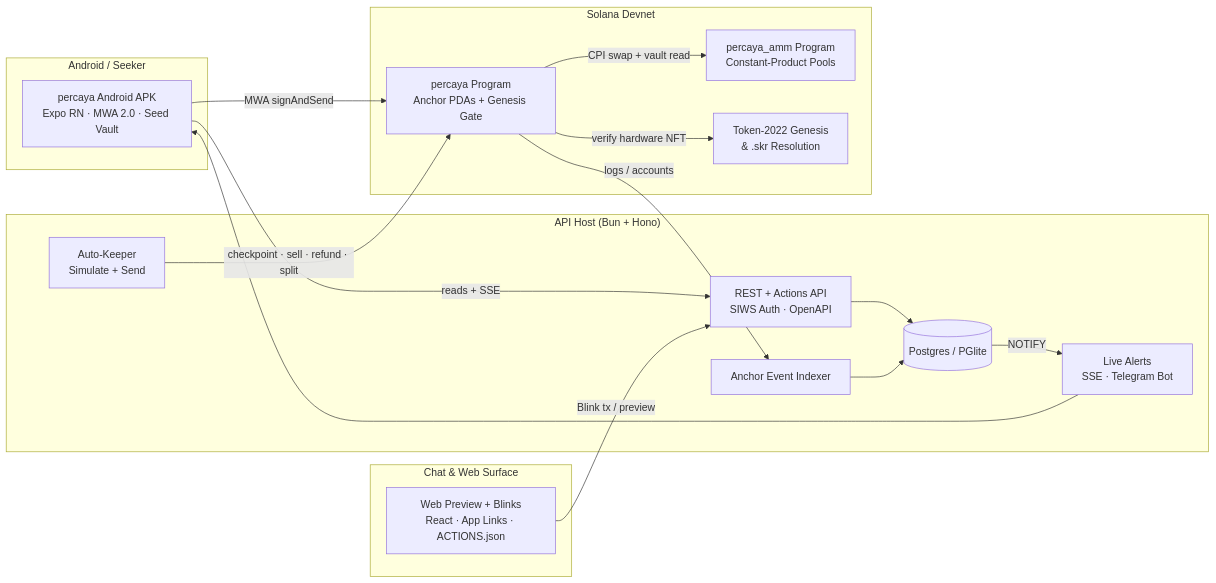
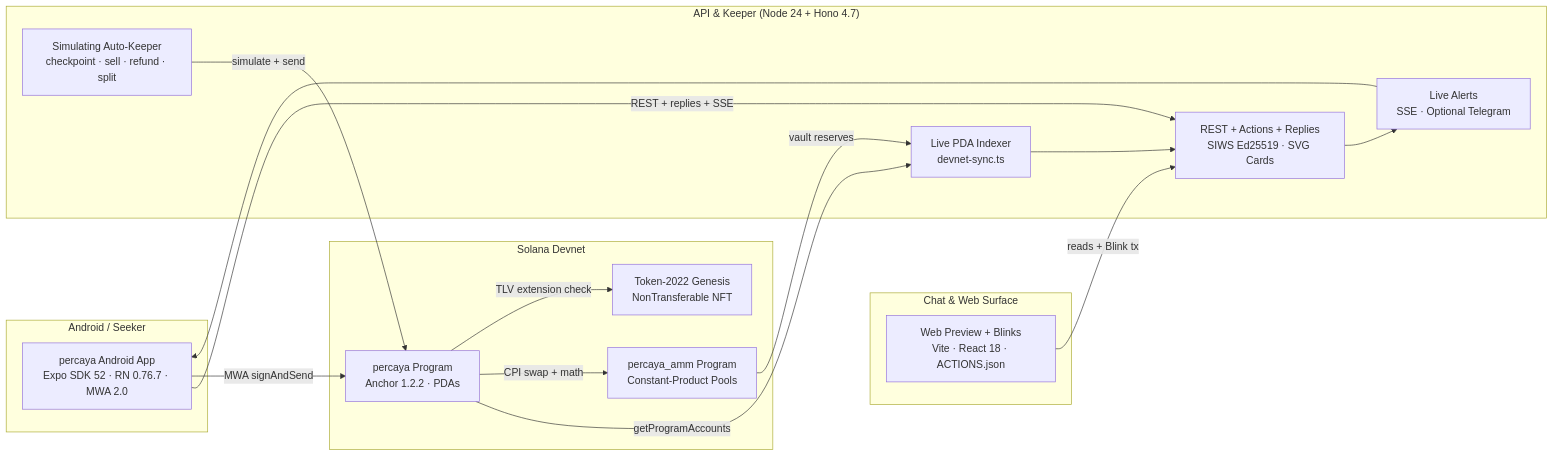
Before and after one commit to rebelchain/percaya: the second of 2 diagrams in README.md, drawn with Mermaid. The commit also changed other lines of this file and 6 other files, not shown here.

Commit message:
docs: sync all docs with actual stack, live Devnet receipts, security review & demo runbook

````diff
--- a/README.md
+++ b/README.md
@@ -100,33 +100,32 @@
 ```mermaid
 flowchart LR
     subgraph Mobile["Android / Seeker"]
-        M["percaya Android APK<br/>Expo RN · MWA 2.0 · Seed Vault"]
+        M["percaya Android App<br/>Expo SDK 52 · RN 0.76.7 · MWA 2.0"]
     end
     subgraph Web["Chat & Web Surface"]
-        W["Web Preview + Blinks<br/>React · App Links · ACTIONS.json"]
+        W["Web Preview + Blinks<br/>Vite · React 18 · ACTIONS.json"]
     end
-    subgraph Backend["API Host (Bun + Hono)"]
-        A["REST + Actions API<br/>SIWS Auth · OpenAPI"]
-        I["Anchor Event Indexer"]
-        K["Auto-Keeper<br/>Simulate + Send"]
-        L["Live Alerts<br/>SSE · Telegram Bot"]
-        D[("Postgres / PGlite")]
+    subgraph Backend["API & Keeper (Node 24 + Hono 4.7)"]
+        A["REST + Actions + Replies<br/>SIWS Ed25519 · SVG Cards"]
+        I["Live PDA Indexer<br/>devnet-sync.ts"]
+        K["Simulating Auto-Keeper<br/>checkpoint · sell · refund · split"]
+        L["Live Alerts<br/>SSE · Optional Telegram"]
     end
     subgraph Solana["Solana Devnet"]
-        P["percaya Program<br/>Anchor PDAs + Genesis Gate"]
+        P["percaya Program<br/>Anchor 1.2.2 · PDAs"]
         S["percaya_amm Program<br/>Constant-Product Pools"]
-        G["Token-2022 Genesis<br/>& .skr Resolution"]
+        G["Token-2022 Genesis<br/>NonTransferable NFT"]
     end
 
-    M -- "reads + SSE" --> A
+    M -- "REST + replies + SSE" --> A
     M -- "MWA signAndSend" --> P
-    W -- "Blink tx / preview" --> A
-    A --> D
-    P -- "logs / accounts" --> I
-    I --> D
-    D -- "NOTIFY" --> L
+    W -- "reads + Blink tx" --> A
+    I --> A
+    A --> L
     L --> M
-    K -- "checkpoint · sell · refund · split" --> P
-    P -- "CPI swap + vault read" --> S
-    P -- "verify hardware NFT" --> G
+    P -- "getProgramAccounts" --> I
+    S -- "vault reserves" --> I
+    K -- "simulate + send" --> P
+    P -- "CPI swap + math" --> S
+    P -- "TLV extension check" --> G
 ```
````
